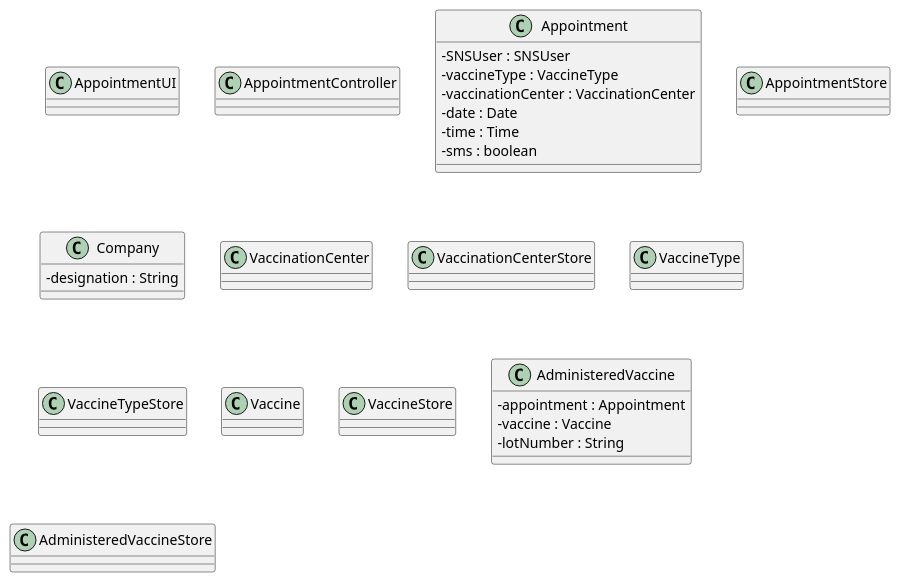
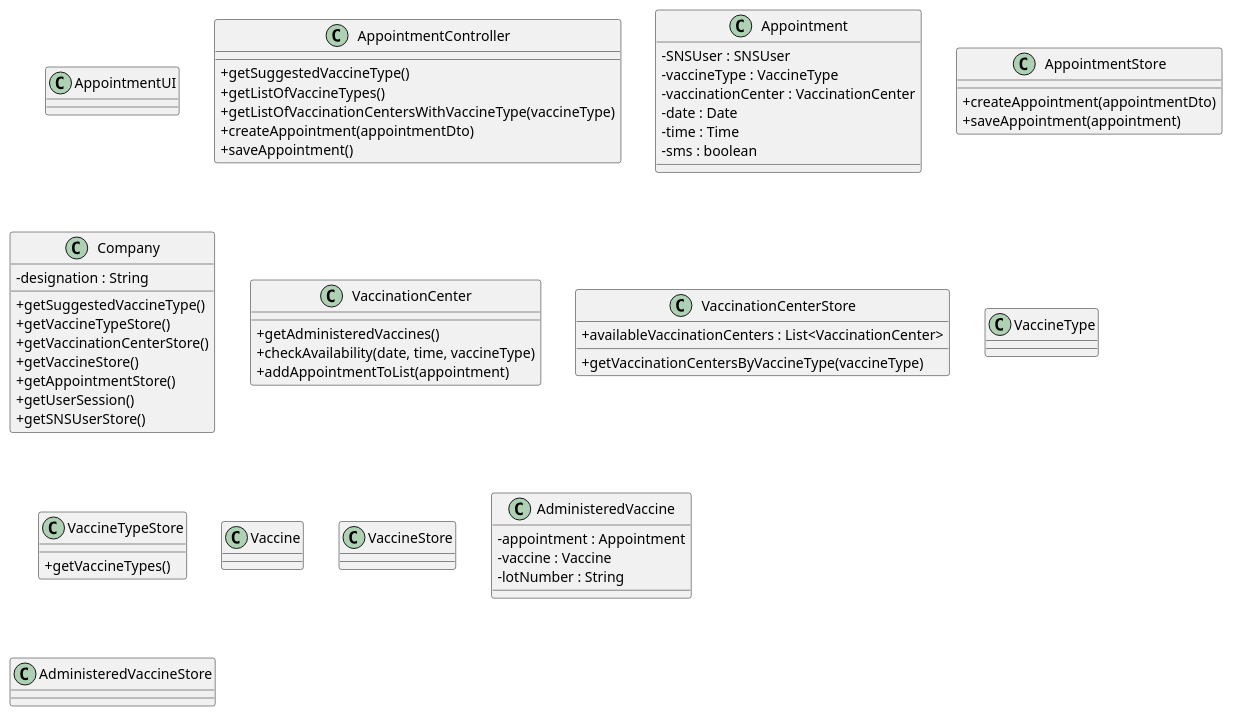
One commit to miseEnPlace-i/lapr2 changed the diagram in docs/SprintC/US01/CD/US01_CD.puml. Above: the diagram before and after it, drawn with PlantUML.

Commit message:
docs(us-01): updated cd - new methods and classes

```diff
--- a/docs/SprintC/US01/CD/US01_CD.puml
+++ b/docs/SprintC/US01/CD/US01_CD.puml
@@ -1,63 +1,78 @@
 @startuml US01_CD
 skinparam classAttributeIconSize 0
 
 class AppointmentUI {
 
 }
 
 class AppointmentController {
-
+  +getSuggestedVaccineType()
+  +getListOfVaccineTypes()
+  +getListOfVaccinationCentersWithVaccineType(vaccineType)
+  +createAppointment(appointmentDto)
+  +saveAppointment()
 }
 
 class Appointment {
   -SNSUser : SNSUser
   -vaccineType : VaccineType
   -vaccinationCenter : VaccinationCenter
   -date : Date
   -time : Time
   -sms : boolean
 }
 
 class AppointmentStore {
-
+  +createAppointment(appointmentDto)
+  +saveAppointment(appointment)
 }
 
 class Company {
   -designation : String
+  +getSuggestedVaccineType()
+  +getVaccineTypeStore()
+  +getVaccinationCenterStore()
+  +getVaccineStore()
+  +getAppointmentStore()
+  +getUserSession()
+  +getSNSUserStore()
 }
 
 class VaccinationCenter {
-
+  +getAdministeredVaccines()
+  +checkAvailability(date, time, vaccineType)
+  +addAppointmentToList(appointment)
 }
 
 class VaccinationCenterStore {
-
+  +availableVaccinationCenters : List<VaccinationCenter>  
+  +getVaccinationCentersByVaccineType(vaccineType)
 }
 
 class VaccineType {
 
 }
 
 class VaccineTypeStore {
-
+  +getVaccineTypes()
 }
 
 class Vaccine {
 
 }
 
 class VaccineStore {
 
 }
 
 class AdministeredVaccine {
   -appointment : Appointment
   -vaccine : Vaccine  
   -lotNumber : String
 }
 
 class AdministeredVaccineStore {
 
 }
 
 @enduml
```
